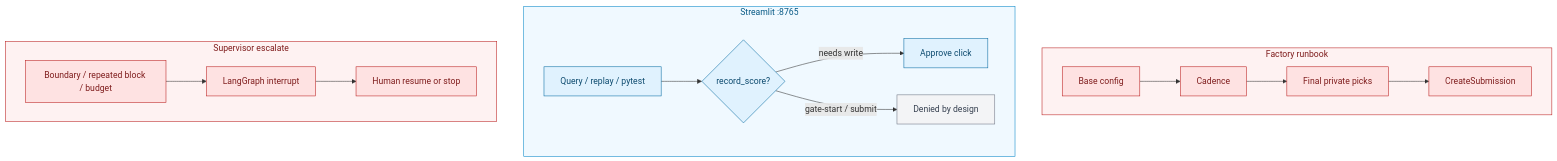
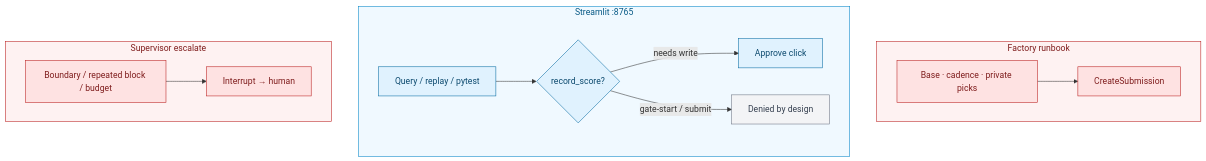
Before and after one commit to khaosans/noisegate-gemma4-factory: the second of 2 diagrams in docs/wiki/Requirements-Compliance.md, drawn with Mermaid. The commit also changed other lines of this file and 4 other files, not shown here.

First line of the commit message:
docs: colored Mermaid bands without in-diagram legends (#11)

````diff
--- a/docs/wiki/Requirements-Compliance.md
+++ b/docs/wiki/Requirements-Compliance.md
@@ -78,29 +76,26 @@
 ```mermaid
 flowchart TB
   subgraph FactoryHITL["Factory runbook"]
-    F1[Base config] --> F2[Cadence]
-    F2 --> F3[Final private picks]
-    F3 --> F4[CreateSubmission]
+    F1[Base · cadence · private picks] --> F4[CreateSubmission]
   end
 
   subgraph ConsoleHITL["Streamlit :8765"]
     C1[Query / replay / pytest] --> C2{record_score?}
     C2 -->|needs write| C3[Approve click]
     C2 -->|gate-start / submit| C4[Denied by design]
   end
 
   subgraph SuperHITL["Supervisor escalate"]
-    E1[Boundary / repeated block / budget] --> E2[LangGraph interrupt]
-    E2 --> E3[Human resume or stop]
+    E1[Boundary / repeated block / budget] --> E2[Interrupt → human]
   end
 
   classDef hitl fill:#FEE2E2,stroke:#B91C1C,color:#7F1D1D
   classDef ops fill:#E0F2FE,stroke:#0369A1,color:#0C4A6E
   classDef deny fill:#F3F4F6,stroke:#6B7280,color:#374151
-  class F1,F2,F3,F4,E1,E2,E3 hitl
+  class F1,F4,E1,E2 hitl
   class C1,C2,C3 ops
   class C4 deny
   style FactoryHITL fill:#FEF2F2,stroke:#B91C1C,color:#7F1D1D
   style ConsoleHITL fill:#F0F9FF,stroke:#0284C7,color:#075985
   style SuperHITL fill:#FEF2F2,stroke:#B91C1C,color:#7F1D1D
 ```
````
